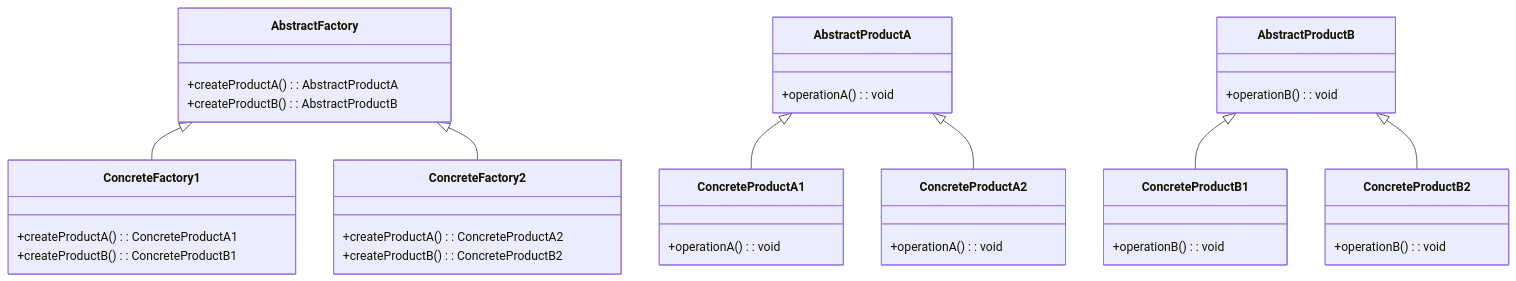
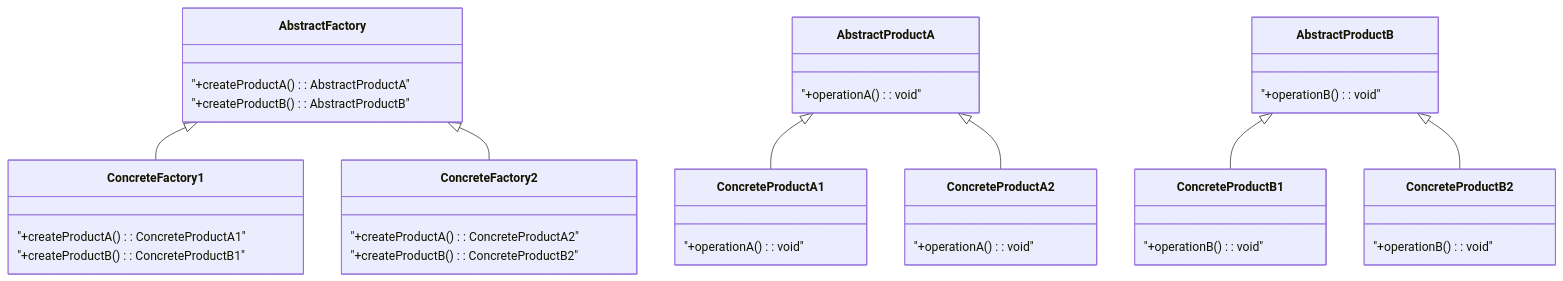
One commit to 42jerrykim/42jerrykim.github.io changed the second of 5 diagrams in content/post/2024/2024-08-22-abstract-factory/index.md. Above: the diagram before and after it, drawn with Mermaid. The commit also changed other lines of this file and 239 other files, not shown here.

````diff
--- a/content/post/2024/2024-08-22-abstract-factory/index.md
+++ b/content/post/2024/2024-08-22-abstract-factory/index.md
@@ -264,48 +185,48 @@
 ```mermaid
 classDiagram
     class AbstractFactory {
-        +createProductA(): AbstractProductA
-        +createProductB(): AbstractProductB
+        "+createProductA(): AbstractProductA"
+        "+createProductB(): AbstractProductB"
     }
 
     class ConcreteFactory1 {
-        +createProductA(): ConcreteProductA1
-        +createProductB(): ConcreteProductB1
+        "+createProductA(): ConcreteProductA1"
+        "+createProductB(): ConcreteProductB1"
     }
 
     class ConcreteFactory2 {
-        +createProductA(): ConcreteProductA2
-        +createProductB(): ConcreteProductB2
+        "+createProductA(): ConcreteProductA2"
+        "+createProductB(): ConcreteProductB2"
     }
 
     class AbstractProductA {
-        +operationA(): void
+        "+operationA(): void"
     }
 
     class ConcreteProductA1 {
-        +operationA(): void
+        "+operationA(): void"
     }
 
     class ConcreteProductA2 {
-        +operationA(): void
+        "+operationA(): void"
     }
 
     class AbstractProductB {
-        +operationB(): void
+        "+operationB(): void"
     }
 
     class ConcreteProductB1 {
-        +operationB(): void
+        "+operationB(): void"
     }
 
     class ConcreteProductB2 {
-        +operationB(): void
+        "+operationB(): void"
     }
 
     AbstractFactory <|-- ConcreteFactory1
     AbstractFactory <|-- ConcreteFactory2
     AbstractProductA <|-- ConcreteProductA1
     AbstractProductA <|-- ConcreteProductA2
     AbstractProductB <|-- ConcreteProductB1
     AbstractProductB <|-- ConcreteProductB2
 ```
````
